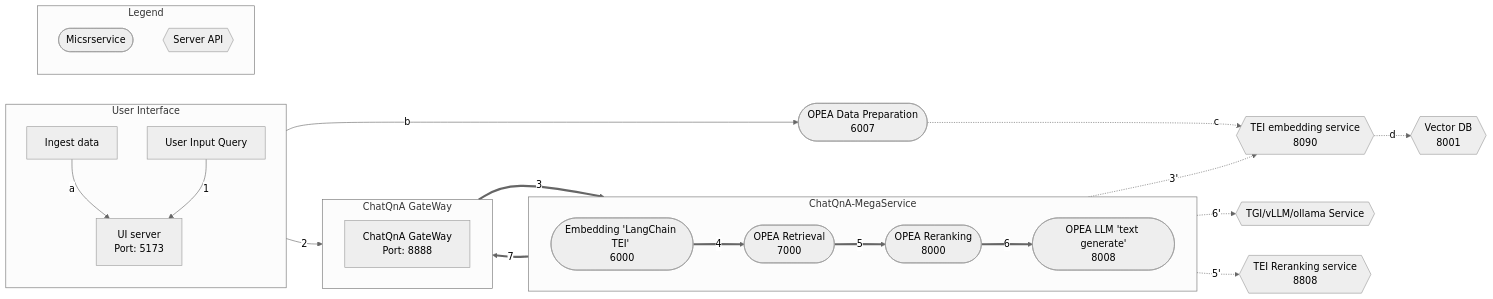
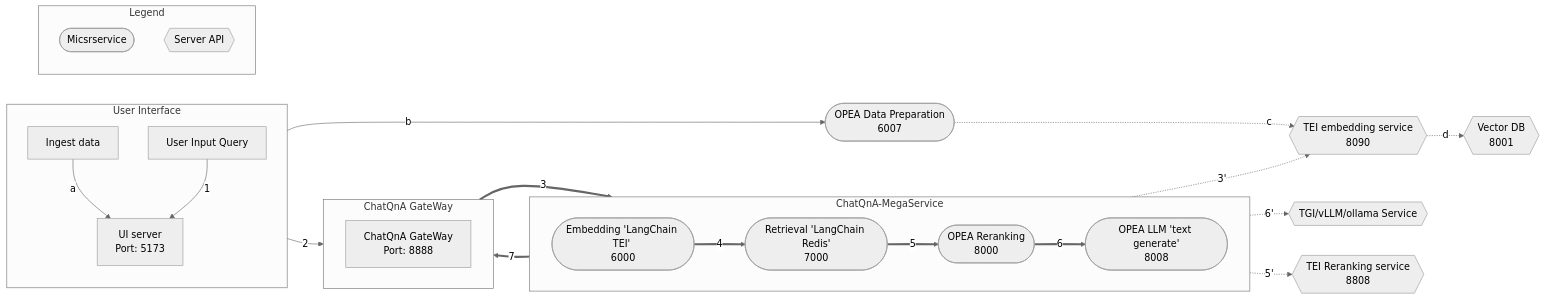
The diagram in ChatQnA/README.md (opea-project/GenAIExamples), drawn with Mermaid (neutral theme) before and after one commit.

````diff
--- a/ChatQnA/README.md
+++ b/ChatQnA/README.md
@@ -13,63 +13,63 @@
 ```mermaid
 graph LR
     subgraph ChatQnA-MegaService["ChatQnA-MegaService"]
         direction LR
         EM([Embedding 'LangChain TEI' <br>6000])
-        RET([OPEA Retrieval<br>7000])
+        RET([Retrieval 'LangChain Redis'<br>7000])
         RER([OPEA Reranking<br>8000])
         LLM([OPEA LLM 'text generate'<br>8008])
     end
 
     direction TB
     TEI_EM{{TEI embedding service<br>8090}}
     VDB{{Vector DB<br>8001}}
     %% Vector DB interaction
     TEI_EM -.->|d|VDB
 
     DP([OPEA Data Preparation<br>6007])
     LLM_gen{{TGI/vLLM/ollama Service}}
 
     direction TB
     RER([OPEA Reranking<br>8000])
     TEI_RER{{TEI Reranking service<br>8808}}
 
     subgraph User Interface
         direction TB
         a[User Input Query]
         Ingest[Ingest data]
         UI[UI server<br>Port: 5173]
     end
 
     subgraph ChatQnA GateWay
         direction LR
         GW[ChatQnA GateWay<br>Port: 8888]
     end
 
     %% Data Preparation flow
     %% Ingest data flow
     direction LR
     Ingest[Ingest data] -->|a| UI
     UI -->|b| DP
     DP -.->|c| TEI_EM
 
     %% Questions interaction
     direction LR
     a[User Input Query] -->|1| UI
     UI -->|2| GW
     GW ==>|3| EM
     EM ==>|4| RET
     RET ==>|5| RER
     RER ==>|6| LLM
     LLM ==>|7| GW
 
     %% Embedding service flow
     direction TB
     EM -.->|3'| TEI_EM
     RER -.->|5'| TEI_RER
     LLM -.->|6'| LLM_gen
 
     subgraph Legend
         X([Micsrservice])
         Y{{Server API}}
     end
 ```
````
